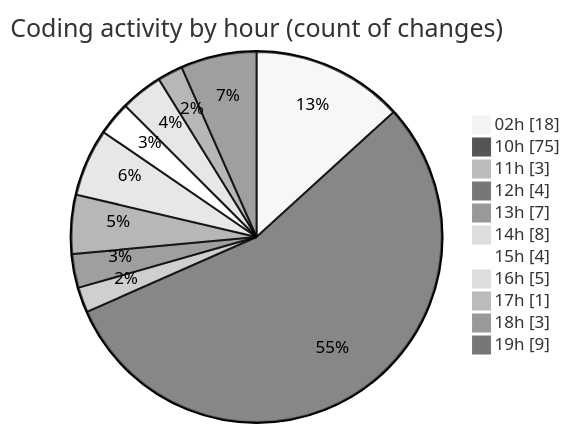
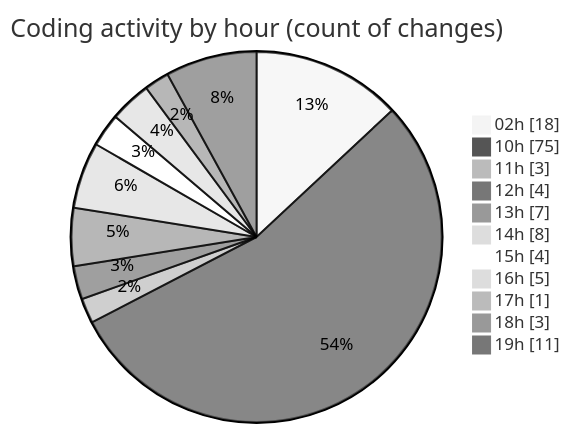
One commit to shibass792/code-tracking changed the second of 2 diagrams in 2026-07-08/twenty_versions_aminor/README.md. Above: the diagram before and after it, drawn with Mermaid (neutral theme). The commit also changed other lines of this file and 1 other file, not shown here.

````diff
--- a/2026-07-08/twenty_versions_aminor/README.md
+++ b/2026-07-08/twenty_versions_aminor/README.md
@@ -46,15 +46,15 @@
 ```mermaid
 pie showData
 title Coding activity by hour (count of changes)
 "02h" : 18
 "10h" : 75
 "11h" : 3
 "12h" : 4
 "13h" : 7
 "14h" : 8
 "15h" : 4
 "16h" : 5
 "17h" : 1
 "18h" : 3
-"19h" : 9
+"19h" : 11
 ```
````
